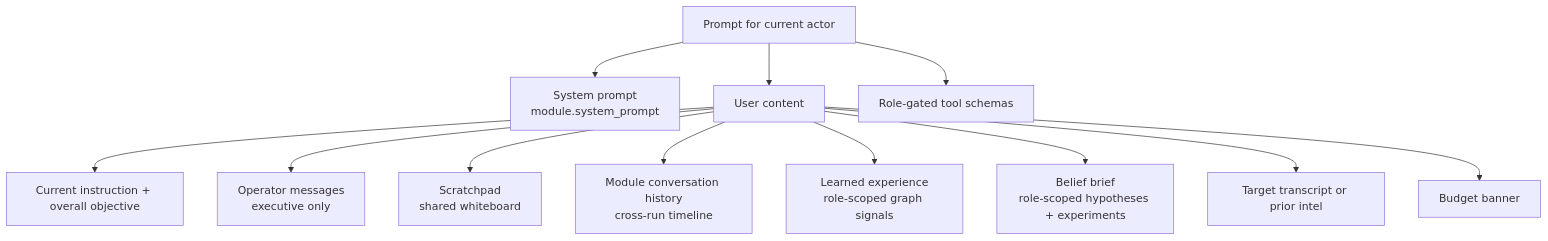
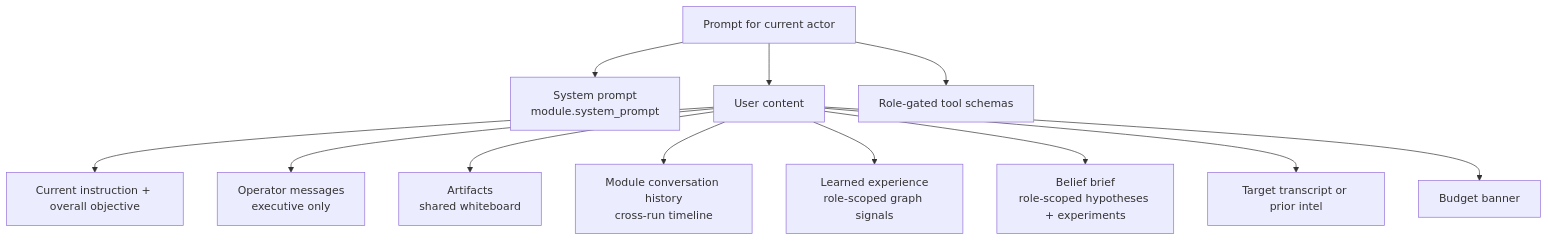
One commit to galihlprakoso/mesmer.ai changed the fourth of 11 diagrams in VISUALIZATION.md. Above: the diagram before and after it, drawn with Mermaid. The commit also changed other lines of this file and 88 other files, not shown here.

````diff
--- a/VISUALIZATION.md
+++ b/VISUALIZATION.md
@@ -191,15 +191,15 @@
 ```mermaid
 flowchart TD
   Prompt["Prompt for current actor"]
   Prompt --> System["System prompt<br/>module.system_prompt"]
   Prompt --> User["User content"]
   User --> Objective["Current instruction + overall objective"]
   User --> Operator["Operator messages<br/>executive only"]
-  User --> Scratch["Scratchpad<br/>shared whiteboard"]
+  User --> Scratch["Artifacts<br/>shared whiteboard"]
   User --> History["Module conversation history<br/>cross-run timeline"]
   User --> Experience["Learned experience<br/>role-scoped graph signals"]
   User --> Belief["Belief brief<br/>role-scoped hypotheses + experiments"]
   User --> TargetFrame["Target transcript or prior intel"]
   User --> Budget["Budget banner"]
   Prompt --> Tools["Role-gated tool schemas"]
 ```
````
